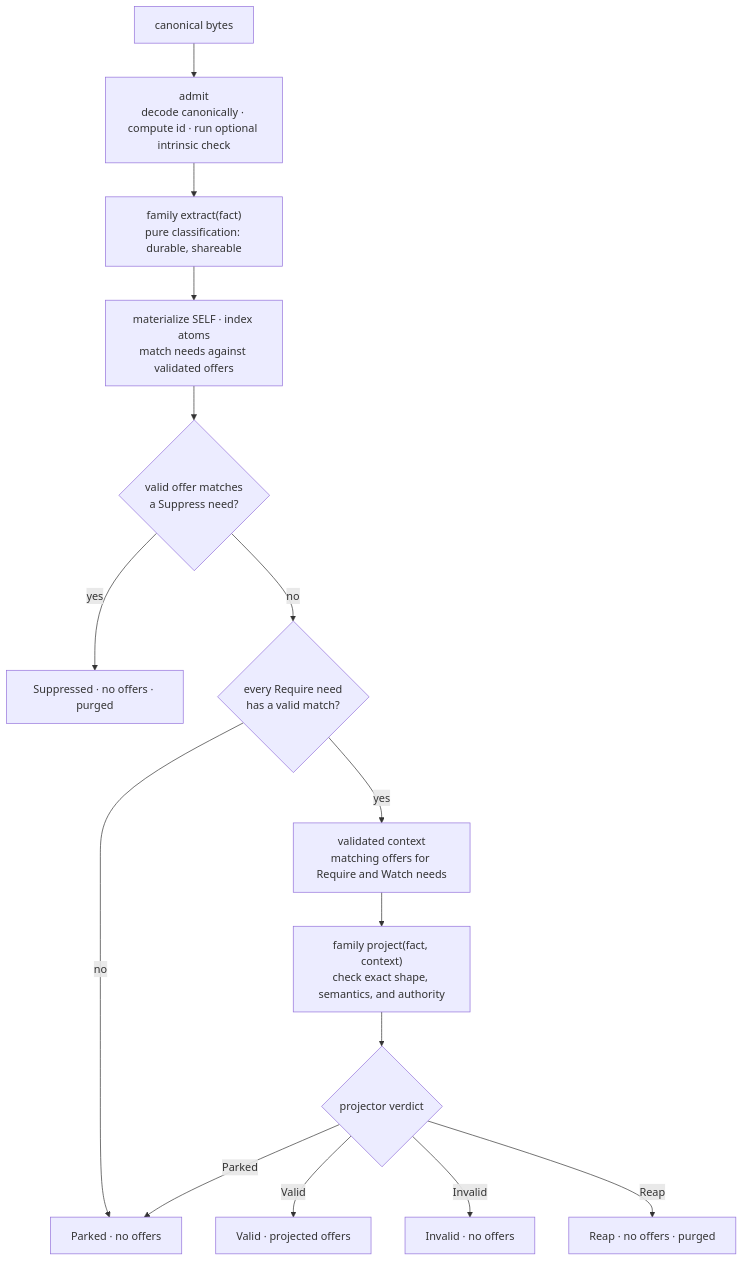
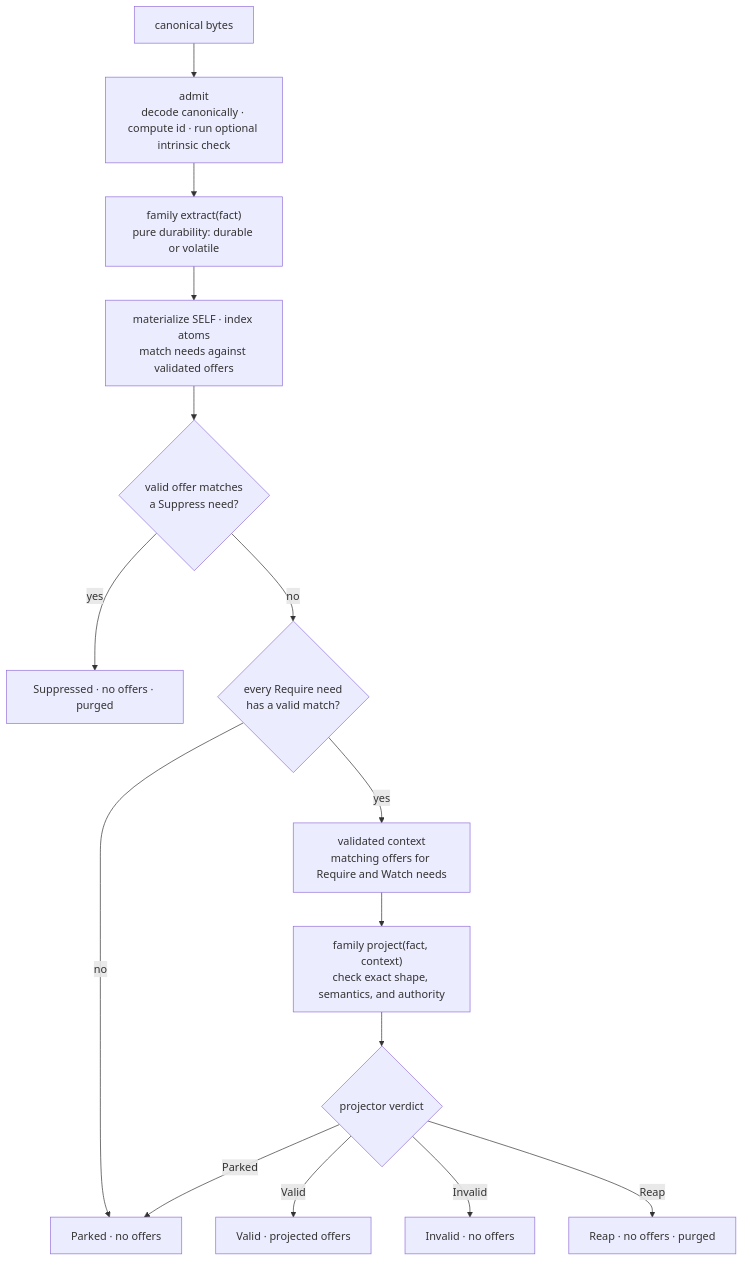
One commit to holmesworcester/poc-13 changed the diagram in README.md. Above: the diagram before and after it, drawn with Mermaid. The commit also changed other lines of this file and 45 other files, not shown here.

````diff
--- a/README.md
+++ b/README.md
@@ -87,17 +87,17 @@
 ```mermaid
 flowchart TB
     I["canonical bytes"] --> A["admit<br/>decode canonically · compute id · run optional intrinsic check"]
-    A --> X["family extract(fact)<br/>pure classification: durable, shareable"]
+    A --> X["family extract(fact)<br/>pure durability: durable or volatile"]
     X --> M["materialize SELF · index atoms<br/>match needs against validated offers"]
     M --> D{"valid offer matches<br/>a Suppress need?"}
     D -- yes --> Z["Suppressed · no offers · purged"]
     D -- no --> Q{"every Require need<br/>has a valid match?"}
     Q -- no --> K["Parked · no offers"]
     Q -- yes --> C["validated context<br/>matching offers for Require and Watch needs"]
     C --> P["family project(fact, context)<br/>check exact shape, semantics, and authority"]
     P --> O{"projector verdict"}
     O -- Valid --> V["Valid · projected offers"]
     O -- Parked --> K
     O -- Invalid --> N["Invalid · no offers"]
     O -- Reap --> R["Reap · no offers · purged"]
 ```
````
